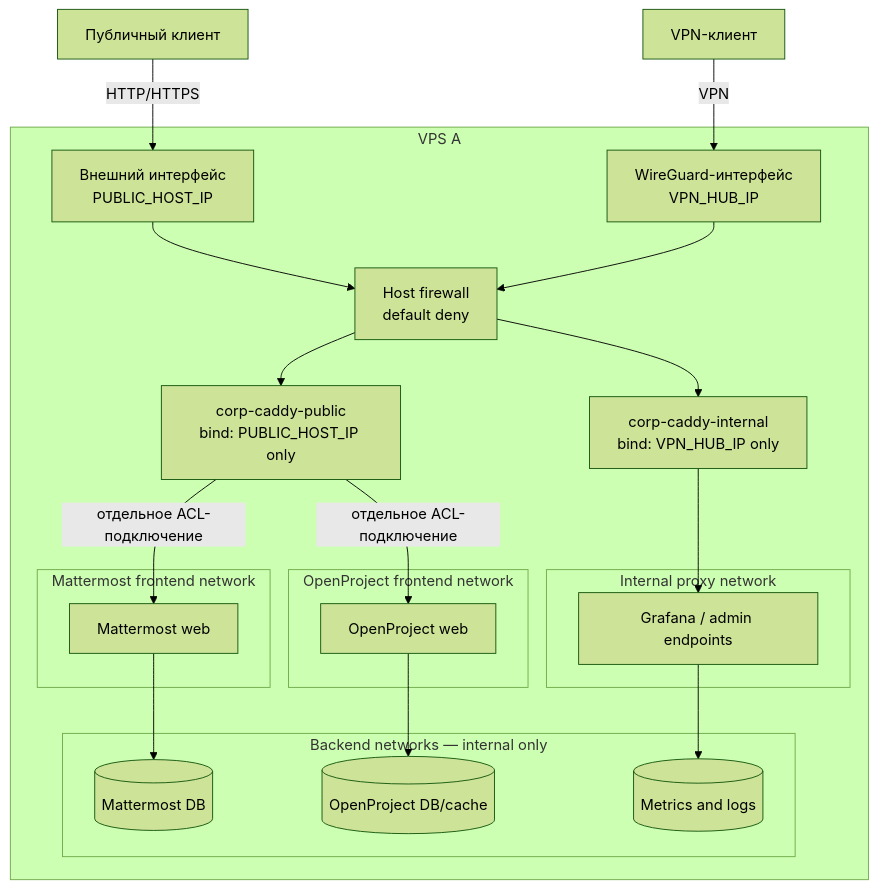
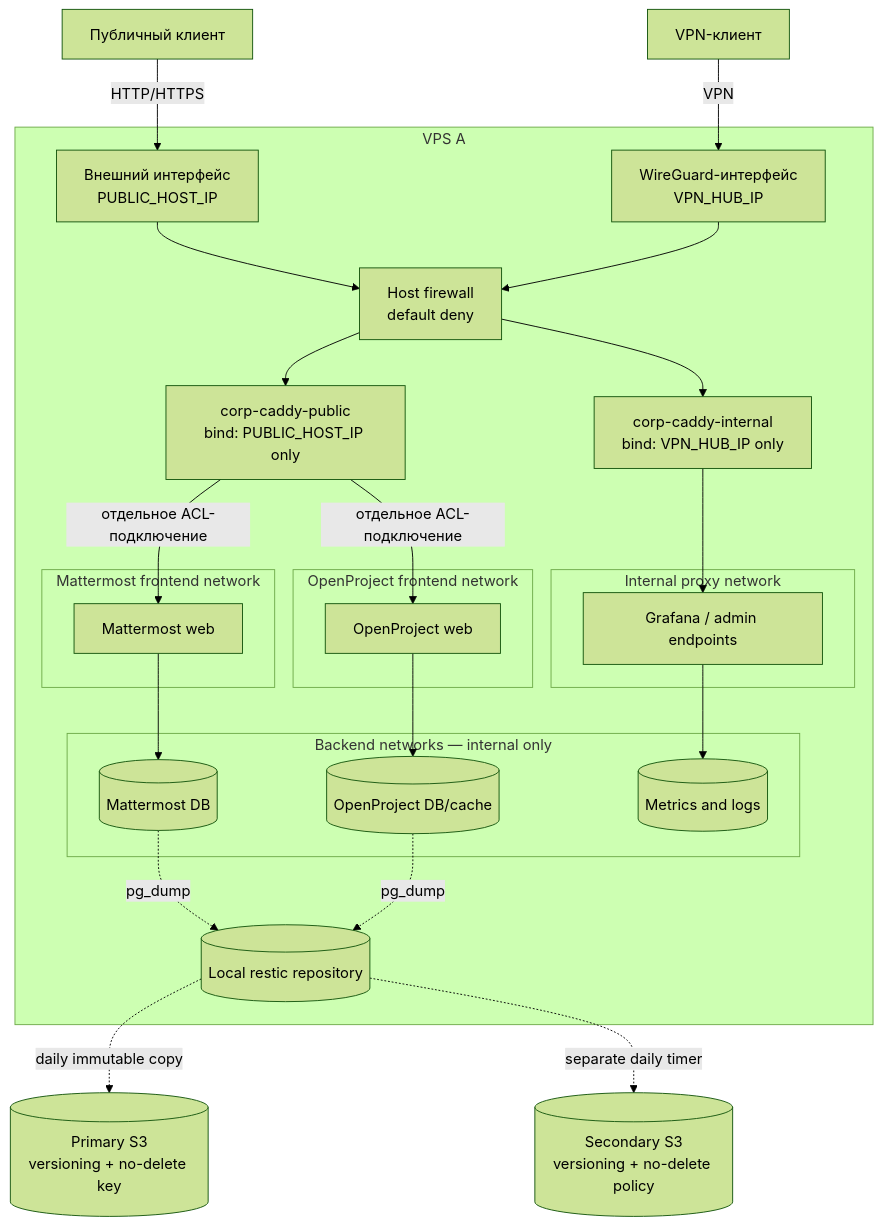
The second of 2 diagrams in for-humans/05-architecture-diagrams.md (djd1m/corp-infra-bootstrap), drawn with Mermaid (forest theme) before and after one commit. The commit also changed other lines of this file and 31 other files, not shown here.

````diff
--- a/for-humans/05-architecture-diagrams.md
+++ b/for-humans/05-architecture-diagrams.md
@@ -59,42 +61,51 @@
 ```mermaid
 flowchart TB
     public_client[Публичный клиент]
     vpn_client[VPN-клиент]
 
     subgraph host[VPS A]
         ext_if[Внешний интерфейс<br/>PUBLIC_HOST_IP]
         wg_if[WireGuard-интерфейс<br/>VPN_HUB_IP]
         firewall[Host firewall<br/>default deny]
 
         public_caddy[corp-caddy-public<br/>bind: PUBLIC_HOST_IP only]
         internal_caddy[corp-caddy-internal<br/>bind: VPN_HUB_IP only]
 
         subgraph mm_front[Mattermost frontend network]
             mm_web[Mattermost web]
         end
         subgraph op_front[OpenProject frontend network]
             op_web[OpenProject web]
         end
         subgraph admin_front[Internal proxy network]
             admin_web[Grafana / admin endpoints]
         end
 
         subgraph private_data[Backend networks — internal only]
             mm_db[(Mattermost DB)]
             op_db[(OpenProject DB/cache)]
             metrics[(Metrics and logs)]
         end
 
+        local_restic[(Local restic repository)]
+
         ext_if --> firewall --> public_caddy
         wg_if --> firewall --> internal_caddy
         public_caddy -->|отдельное ACL-подключение| mm_web
         public_caddy -->|отдельное ACL-подключение| op_web
         internal_caddy --> admin_web
         mm_web --> mm_db
         op_web --> op_db
         admin_web --> metrics
+        mm_db -. pg_dump .-> local_restic
+        op_db -. pg_dump .-> local_restic
     end
+
+    primary_s3[(Primary S3<br/>versioning + no-delete key)]
+    secondary_s3[(Secondary S3<br/>versioning + no-delete policy)]
 
     public_client -->|HTTP/HTTPS| ext_if
     vpn_client -->|VPN| wg_if
+    local_restic -. daily immutable copy .-> primary_s3
+    local_restic -. separate daily timer .-> secondary_s3
 ```
````
